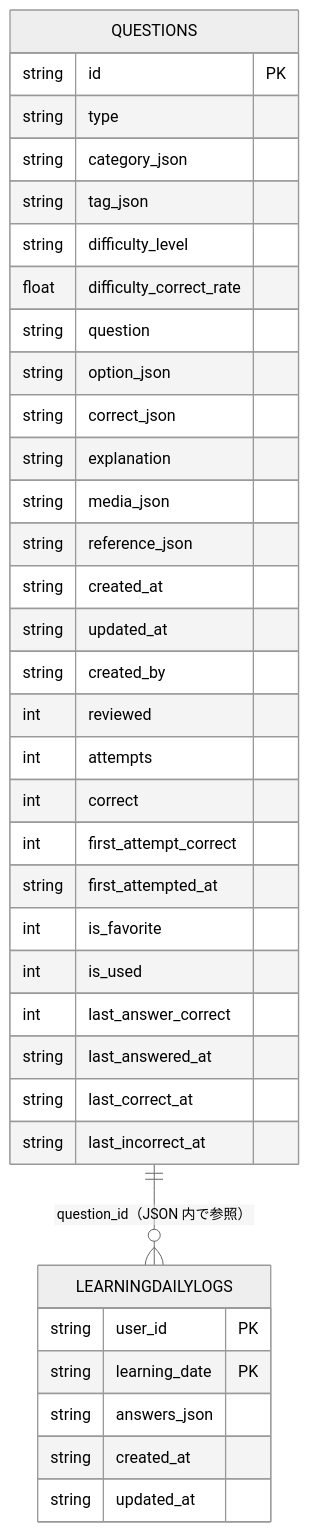
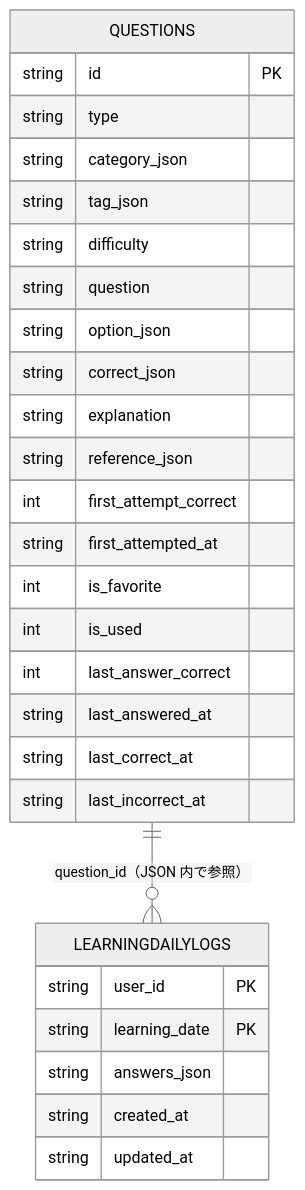
One commit to kokiSAT0/AnesQuizAdmin changed the diagram in docs/sqlite_schema.md. Above: the diagram before and after it, drawn with Mermaid (neutral theme). The commit also changed other lines of this file and 4 other files, not shown here.

````diff
--- a/docs/sqlite_schema.md
+++ b/docs/sqlite_schema.md
@@ -3,42 +3,34 @@
 ```mermaid
 erDiagram
     QUESTIONS {
       string  id PK
       string  type
       string  category_json
       string  tag_json
-      string  difficulty_level
-      float   difficulty_correct_rate
+      string  difficulty
       string  question
       string  option_json
       string  correct_json
       string  explanation
-      string  media_json
       string  reference_json
-      string  created_at
-      string  updated_at
-      string  created_by
-      int     reviewed
-      int     attempts
-      int     correct
       int     first_attempt_correct
       string  first_attempted_at
       int     is_favorite
       int     is_used
       int     last_answer_correct
       string  last_answered_at
       string  last_correct_at
       string  last_incorrect_at
     }
 
     LEARNINGDAILYLOGS {
       string  user_id PK
       string  learning_date PK
       string  answers_json
       string  created_at
       string  updated_at
     }
 
     QUESTIONS ||--o{ LEARNINGDAILYLOGS : "question_id（JSON 内で参照）"
 
 ```
````
